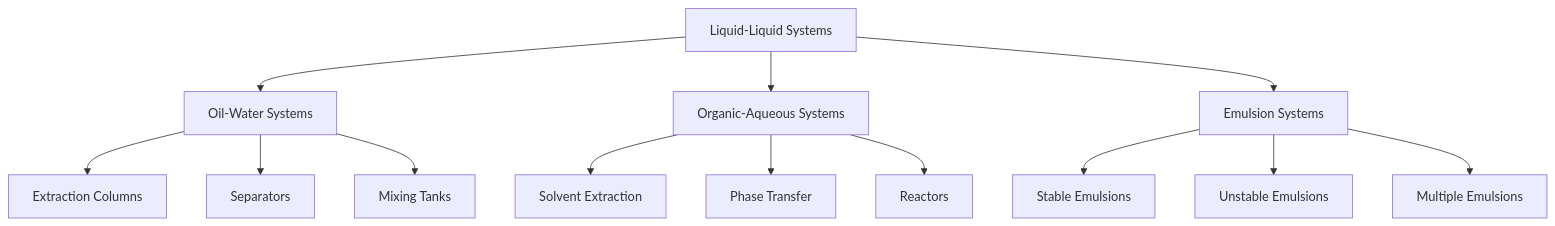
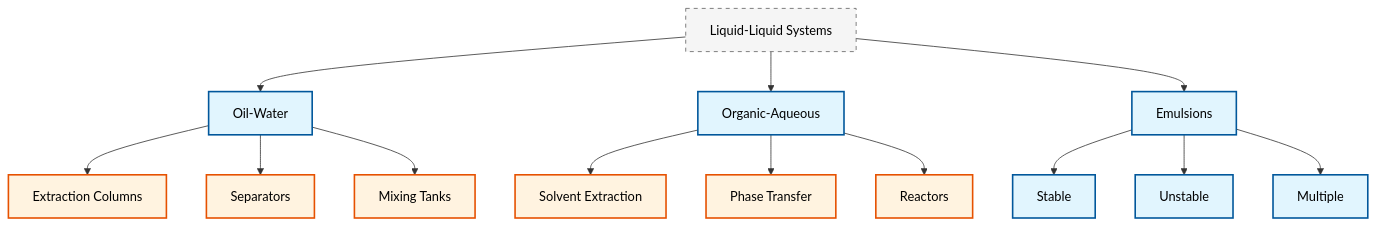
Before and after one commit to wramet/build-my-cfd: the diagram in MODULE_04_MULTIPHASE_FUNDAMENTALS/CONTENT/08_MODEL_SELECTION/03_Liquid_Liquid_Systems.md, drawn with Mermaid. The commit also changed 313 other files, not shown here.

Commit message:
Revise all diagram

````diff
--- a/MODULE_04_MULTIPHASE_FUNDAMENTALS/CONTENT/08_MODEL_SELECTION/03_Liquid_Liquid_Systems.md
+++ b/MODULE_04_MULTIPHASE_FUNDAMENTALS/CONTENT/08_MODEL_SELECTION/03_Liquid_Liquid_Systems.md
@@ -14,18 +14,21 @@
 ```mermaid
 flowchart TD
-    A[Liquid-Liquid Systems] --> B[Oil-Water Systems]
-    A --> C[Organic-Aqueous Systems]
-    A --> D[Emulsion Systems]
+classDef implicit fill:#e1f5fe,stroke:#01579b,stroke-width:2px,color:#000
+classDef explicit fill:#fff3e0,stroke:#e65100,stroke-width:2px,color:#000
+classDef context fill:#f5f5f5,stroke:#616161,stroke-width:1px,color:#000,stroke-dasharray: 5 5
+A["Liquid-Liquid Systems"]:::context --> B["Oil-Water"]:::implicit
+A --> C["Organic-Aqueous"]:::implicit
+A --> D["Emulsions"]:::implicit
 
-    B --> B1[Extraction Columns]
-    B --> B2[Separators]
-    B --> B3[Mixing Tanks]
+B --> B1["Extraction Columns"]:::explicit
+B --> B2["Separators"]:::explicit
+B --> B3["Mixing Tanks"]:::explicit
 
-    C --> C1[Solvent Extraction]
-    C --> C2[Phase Transfer]
-    C --> C3[Reactors]
+C --> C1["Solvent Extraction"]:::explicit
+C --> C2["Phase Transfer"]:::explicit
+C --> C3["Reactors"]:::explicit
 
-    D --> D1[Stable Emulsions]
-    D --> D2[Unstable Emulsions]
-    D --> D3[Multiple Emulsions]
+D --> D1["Stable"]:::implicit
+D --> D2["Unstable"]:::implicit
+D --> D3["Multiple"]:::implicit
 ```
````
